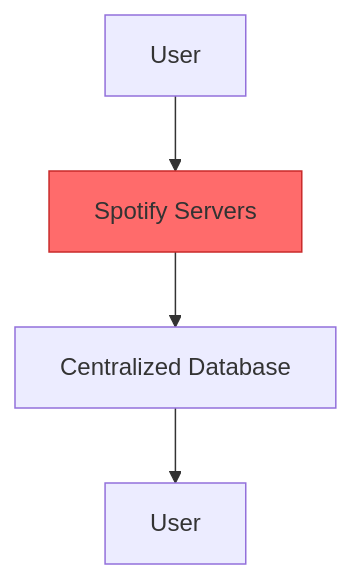
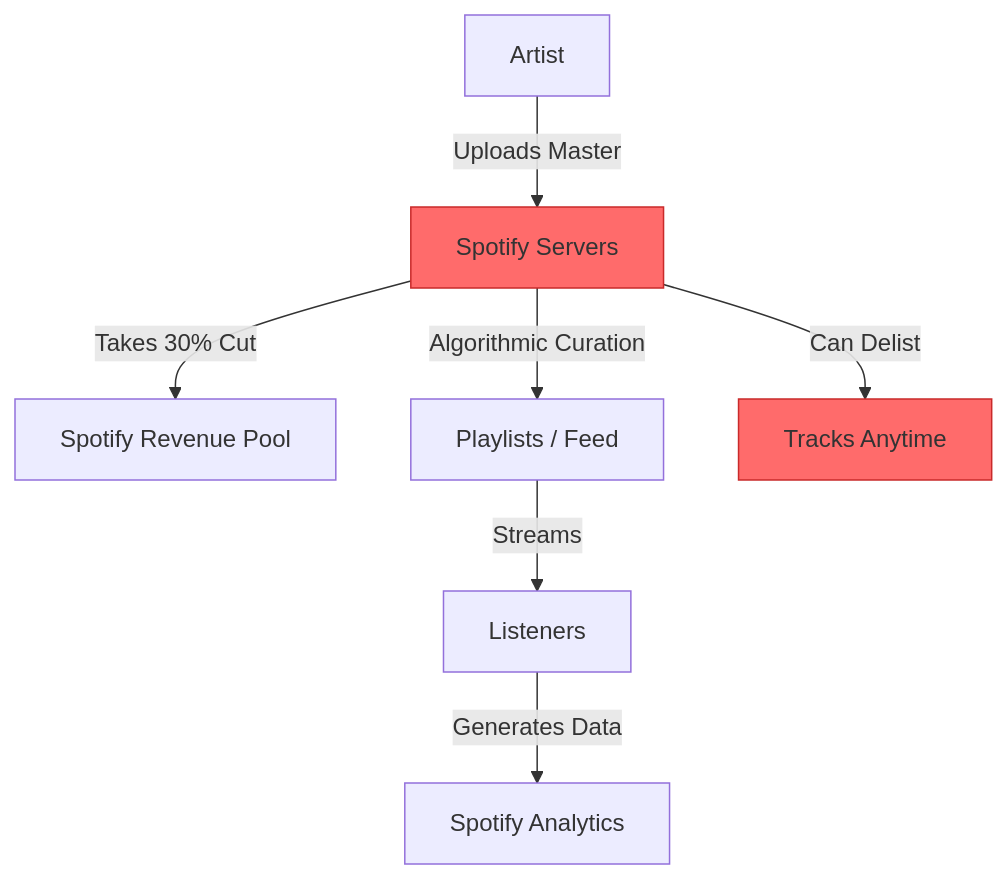
One commit to Elvatar2/Web2-To-Web3-Migration-Guide changed the first of 2 diagrams in 02-content-streaming/01-spotify-to-audius.md. Above: the diagram before and after it, drawn with Mermaid. The commit also changed other lines of this file, not shown here.

````diff
--- a/02-content-streaming/01-spotify-to-audius.md
+++ b/02-content-streaming/01-spotify-to-audius.md
@@ -52,8 +62,12 @@
 ```mermaid
 graph TB
-    A[User] --> B[Spotify Servers]
-    B --> C[Centralized Database]
-    C --> D[User]
+    A[Artist] -->|Uploads Master| B[Spotify Servers]
+    B -->|Takes 30% Cut| C[Spotify Revenue Pool]
+    B -->|Algorithmic Curation| D[Playlists / Feed]
+    D -->|Streams| E[Listeners]
+    E -->|Generates Data| F[Spotify Analytics]
+    B -->|Can Delist| G[Tracks Anytime]
 
     style B fill:#ff6b6b,stroke:#c92a2a
+    style G fill:#ff6b6b,stroke:#c92a2a
 ```
````
